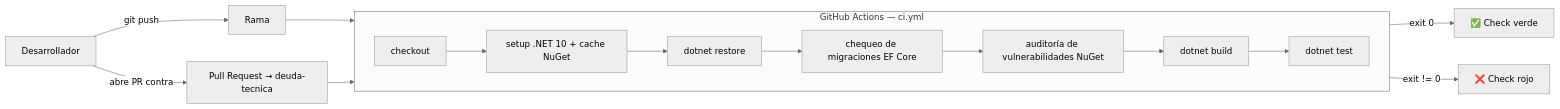
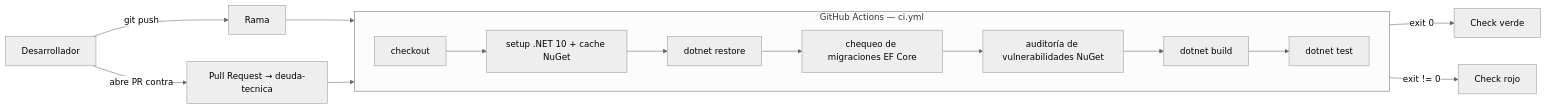
One commit to Joako601/Proyecto-Jo changed the second of 2 diagrams in README.md. Above: the diagram before and after it, drawn with Mermaid (neutral theme). The commit also changed other lines of this file and 16 other files, not shown here.

````diff
--- a/README.md
+++ b/README.md
@@ -324,17 +782,17 @@
 ```mermaid
 flowchart LR
 
     DEV["Desarrollador"] -->|"git push"| BRANCH["Rama"]
     DEV -->|"abre PR contra"| PR["Pull Request → deuda-tecnica"]
 
     subgraph GH ["GitHub Actions — ci.yml"]
         direction LR
         S1["checkout"] --> S2["setup .NET 10 + cache NuGet"] --> S3["dotnet restore"] --> S4["chequeo de migraciones EF Core"] --> S5["auditoría de vulnerabilidades NuGet"] --> S6["dotnet build"] --> S7["dotnet test"]
     end
 
     BRANCH --> GH
     PR --> GH
 
-    S7 -->|"exit 0"| GREEN["✅ Check verde"]
-    S7 -->|"exit != 0"| RED["❌ Check rojo"]
+    S7 -->|"exit 0"| GREEN["Check verde"]
+    S7 -->|"exit != 0"| RED["Check rojo"]
 ```
````
